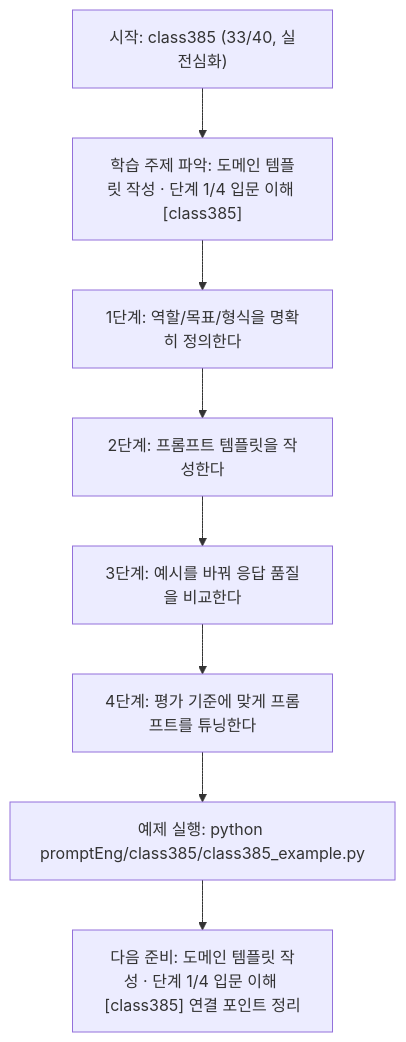
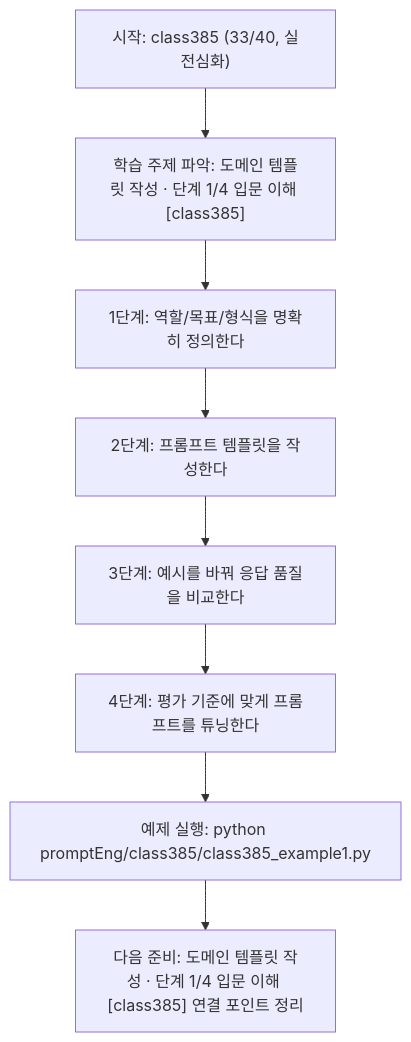
One commit to edumgt/Python-AI_Agent-Class changed the diagram in promptEng/class385/class385.md. Above: the diagram before and after it, drawn with Mermaid. The commit also changed other lines of this file and 2959 other files, not shown here.

````diff
--- a/promptEng/class385/class385.md
+++ b/promptEng/class385/class385.md
@@ -110,18 +110,18 @@
 ```mermaid
 flowchart TD
 N1["시작: class385 (33/40, 실전심화)"]
 N2["학습 주제 파악: 도메인 템플릿 작성 · 단계 1/4 입문 이해 [class385]"]
 N3["1단계: 역할/목표/형식을 명확히 정의한다"]
 N4["2단계: 프롬프트 템플릿을 작성한다"]
 N5["3단계: 예시를 바꿔 응답 품질을 비교한다"]
 N6["4단계: 평가 기준에 맞게 프롬프트를 튜닝한다"]
-N7["예제 실행: python promptEng/class385/class385_example.py"]
+N7["예제 실행: python promptEng/class385/class385_example1.py"]
 N8["다음 준비: 도메인 템플릿 작성 · 단계 1/4 입문 이해 [class385] 연결 포인트 정리"]
 N1 --> N2
 N2 --> N3
 N3 --> N4
 N4 --> N5
 N5 --> N6
 N6 --> N7
 N7 --> N8
 ```
````
